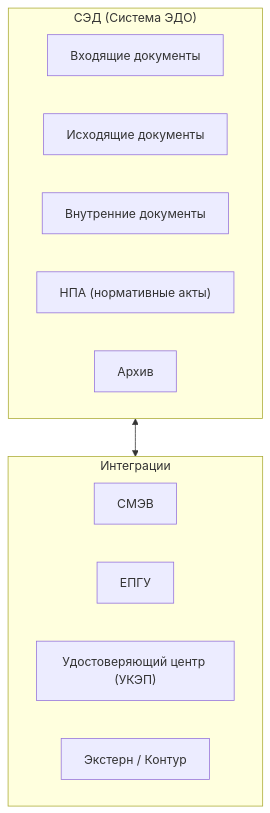
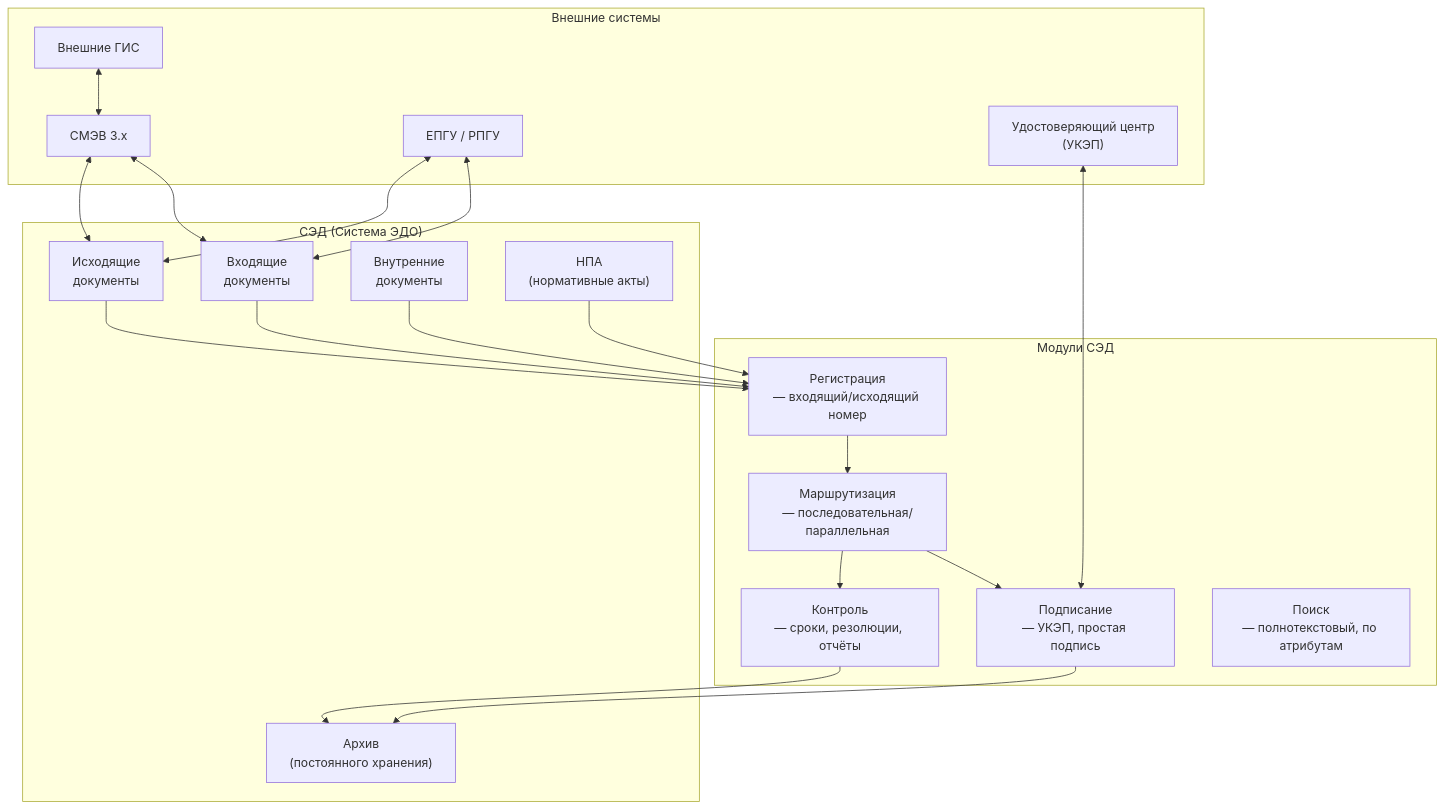
Before and after one commit to sergeyodnoval-bot/sysanalyst-kb.github.io: the first of 2 diagrams in docs/specialization/govtech-edo.md, drawn with Mermaid. The commit also changed other lines of this file and 13 other files, not shown here.

````diff
--- a/docs/specialization/govtech-edo.md
+++ b/docs/specialization/govtech-edo.md
@@ -32,17 +41,42 @@
 ```mermaid
 flowchart TD
-    subgraph SED["СЭД (Система ЭДО)"]
-        IN["Входящие документы"]
-        OUT["Исходящие документы"]
-        INT["Внутренние документы"]
-        Npa["НПА (нормативные акты)"]
-        ARH["Архив"]
+    subgraph EDM["СЭД (Система ЭДО)"]
+        IN["Входящие<br/>документы"]
+        OUT["Исходящие<br/>документы"]
+        INT["Внутренние<br/>документы"]
+        NPA["НПА<br/>(нормативные акты)"]
+        ARH["Архив<br/>(постоянного хранения)"]
     end
-    subgraph INTEG["Интеграции"]
-        SMEV["СМЭВ"]
-        EPGU["ЕПГУ"]
-        UC["Удостоверяющий центр (УКЭП)"]
-        DB["Экстерн / Контур"]
+
+    subgraph Modules["Модули СЭД"]
+        REG["Регистрация<br/>— входящий/исходящий номер"]
+        ROUTE["Маршрутизация<br/>— последовательная/параллельная"]
+        SIGN["Подписание<br/>— УКЭП, простая подпись"]
+        CONTROL["Контроль<br/>— сроки, резолюции, отчёты"]
+        SEARCH["Поиск<br/>— полнотекстовый, по атрибутам"]
     end
-    SED <--> INTEG
+
+    subgraph External["Внешние системы"]
+        SMEV["СМЭВ 3.x"]
+        EPGU["ЕПГУ / РПГУ"]
+        CA["Удостоверяющий центр<br/>(УКЭП)"]
+        GIS["Внешние ГИС"]
+    end
+
+    IN --> REG
+    OUT --> REG
+    INT --> REG
+    NPA --> REG
+    REG --> ROUTE
+    ROUTE --> SIGN
+    ROUTE --> CONTROL
+    SIGN --> ARH
+    CONTROL --> ARH
+
+    SMEV <--> IN
+    SMEV <--> OUT
+    EPGU <--> IN
+    EPGU <--> OUT
+    CA <--> SIGN
+    GIS <--> SMEV
 ```
````
